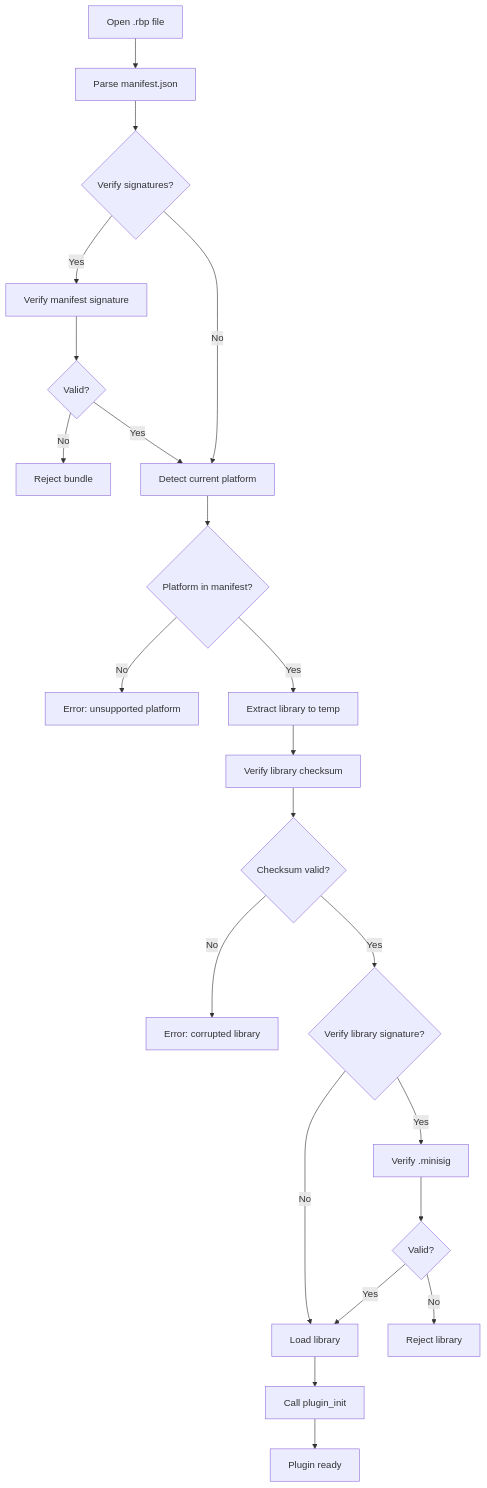
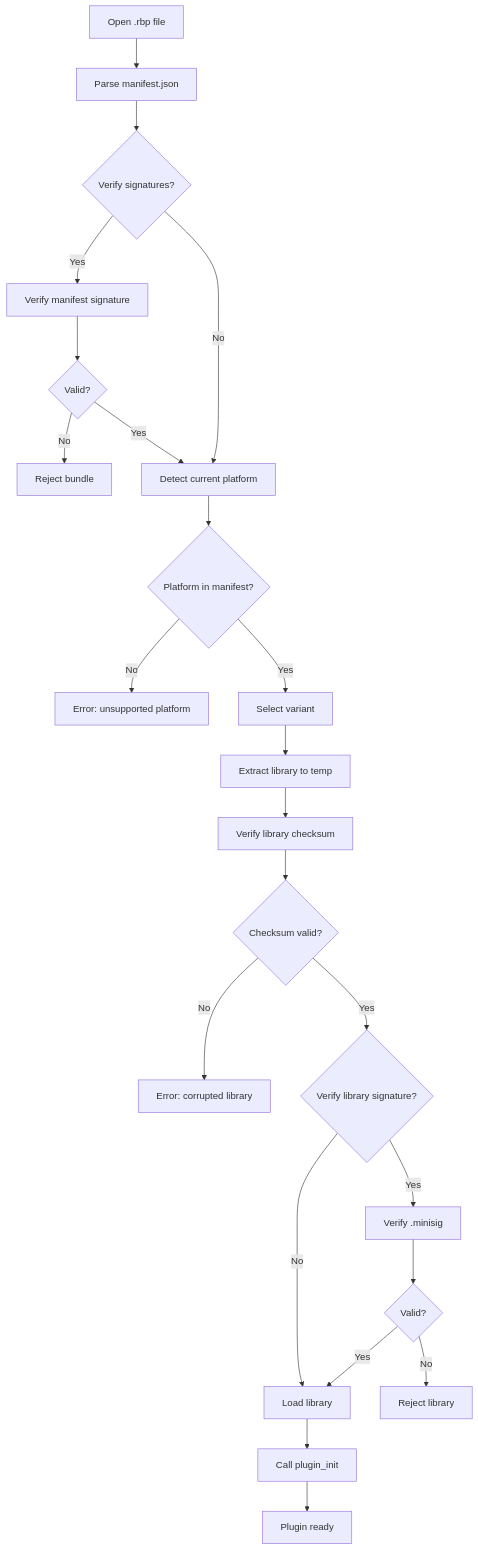
One commit to jrobhoward/rustbridge changed the diagram in docs/BUNDLE_FORMAT.md. Above: the diagram before and after it, drawn with Mermaid. The commit also changed other lines of this file and 3 other files, not shown here.

````diff
--- a/docs/BUNDLE_FORMAT.md
+++ b/docs/BUNDLE_FORMAT.md
@@ -340,24 +500,25 @@
 ```mermaid
 flowchart TD
     A[Open .rbp file] --> B[Parse manifest.json]
     B --> C{Verify signatures?}
     C -->|Yes| D[Verify manifest signature]
     D --> E{Valid?}
     E -->|No| F[Reject bundle]
     E -->|Yes| G[Detect current platform]
     C -->|No| G
     G --> H{Platform in manifest?}
     H -->|No| I[Error: unsupported platform]
-    H -->|Yes| J[Extract library to temp]
-    J --> K[Verify library checksum]
-    K --> L{Checksum valid?}
-    L -->|No| M[Error: corrupted library]
-    L -->|Yes| N{Verify library signature?}
-    N -->|Yes| O[Verify .minisig]
-    N -->|No| P[Load library]
-    O --> Q{Valid?}
-    Q -->|No| R[Reject library]
-    Q -->|Yes| P
-    P --> S[Call plugin_init]
-    S --> T[Plugin ready]
+    H -->|Yes| J[Select variant]
+    J --> K[Extract library to temp]
+    K --> L[Verify library checksum]
+    L --> M{Checksum valid?}
+    M -->|No| N[Error: corrupted library]
+    M -->|Yes| O{Verify library signature?}
+    O -->|Yes| P[Verify .minisig]
+    O -->|No| Q[Load library]
+    P --> R{Valid?}
+    R -->|No| S[Reject library]
+    R -->|Yes| Q
+    Q --> T[Call plugin_init]
+    T --> U[Plugin ready]
 ```
````
